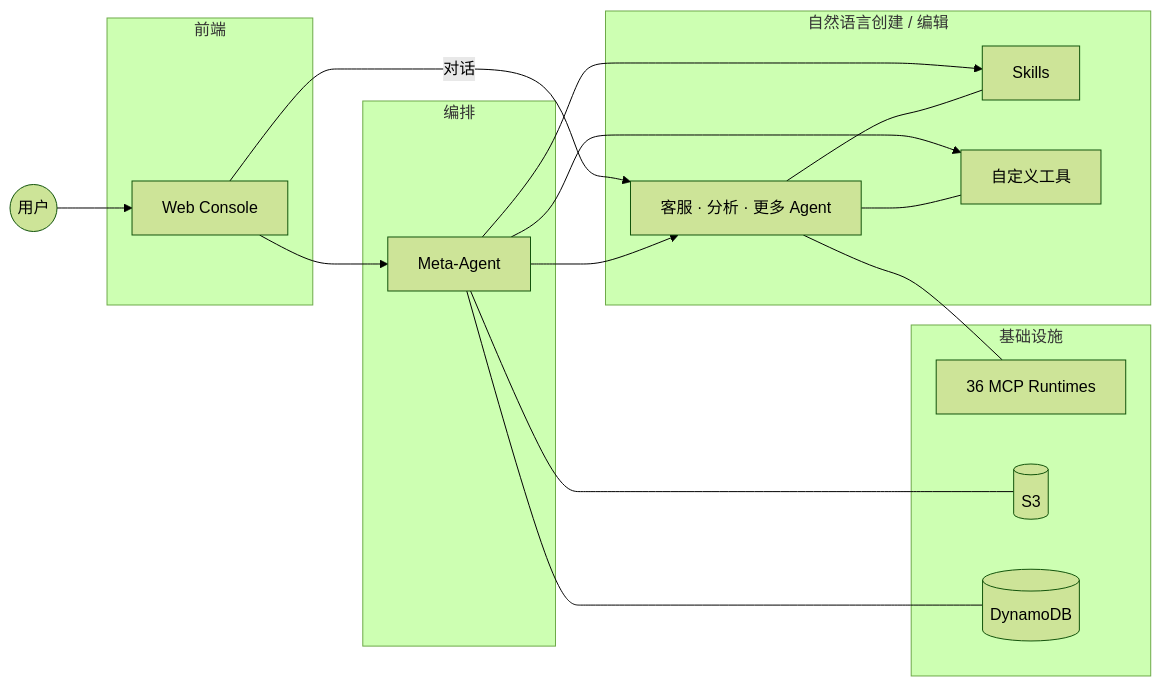
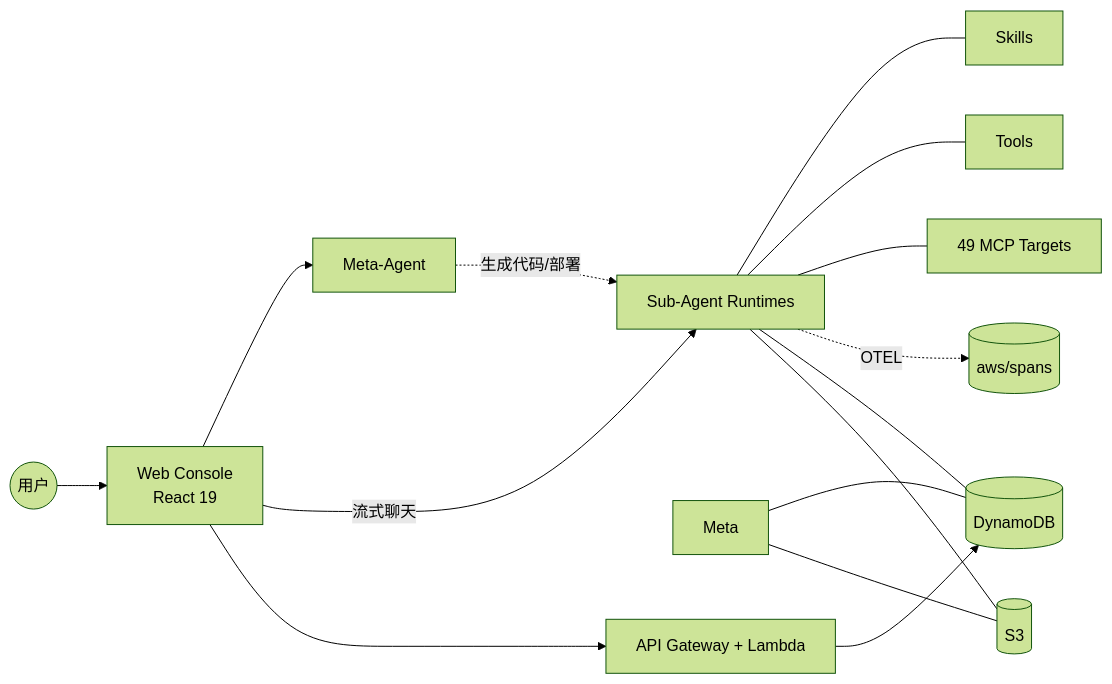
One commit to ddpie/agent-studio changed the first of 2 diagrams in README.md. Above: the diagram before and after it, drawn with Mermaid (forest theme). The commit also changed other lines of this file, not shown here.

````diff
--- a/README.md
+++ b/README.md
@@ -24,31 +22,14 @@
 ```mermaid
 graph LR
-    User((用户))
+    User((用户)) --> FE[Web Console<br/>React 19]
+    FE --> META[Meta-Agent]
+    FE -->|流式聊天| Agents
 
-    subgraph 前端
-        FE[Web Console]
-    end
+    META -.生成代码/部署.-> Agents[Sub-Agent Runtimes]
+    Agents --- Skills[Skills] & Tools[Tools] & MCP[49 MCP Targets]
 
-    subgraph 编排
-        META[Meta-Agent]
-    end
+    Agents -.OTEL.-> Spans[(aws/spans)]
+    Meta & Agents --- DDB[(DynamoDB)] & S3[(S3)]
 
-    subgraph 自然语言创建 / 编辑
-        Agents[客服 · 分析 · 更多 Agent]
-        Skills[Skills]
-        Tools[自定义工具]
-    end
-
-    subgraph 基础设施
-        MCP[36 MCP Runtimes]
-        S3[(S3)]
-        DDB[(DynamoDB)]
-    end
-
-    User --> FE
-    FE --> META
-    FE -->|对话| Agents
-    META --> Agents & Skills & Tools
-    Agents --- Skills & Tools & MCP
-    META --- S3 & DDB
+    FE --> API[API Gateway + Lambda] --> DDB
 ```
````
